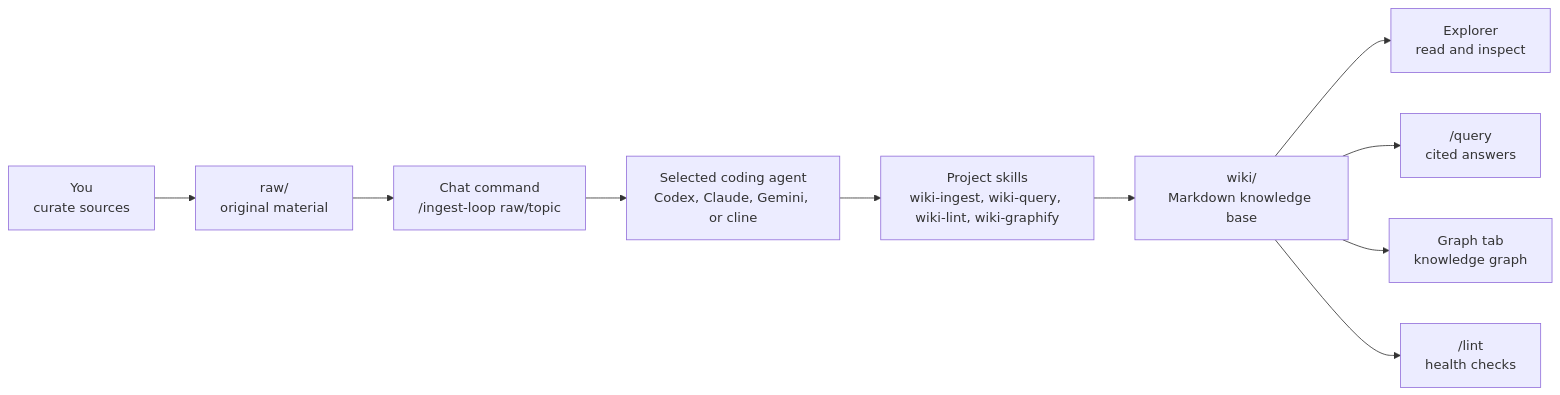
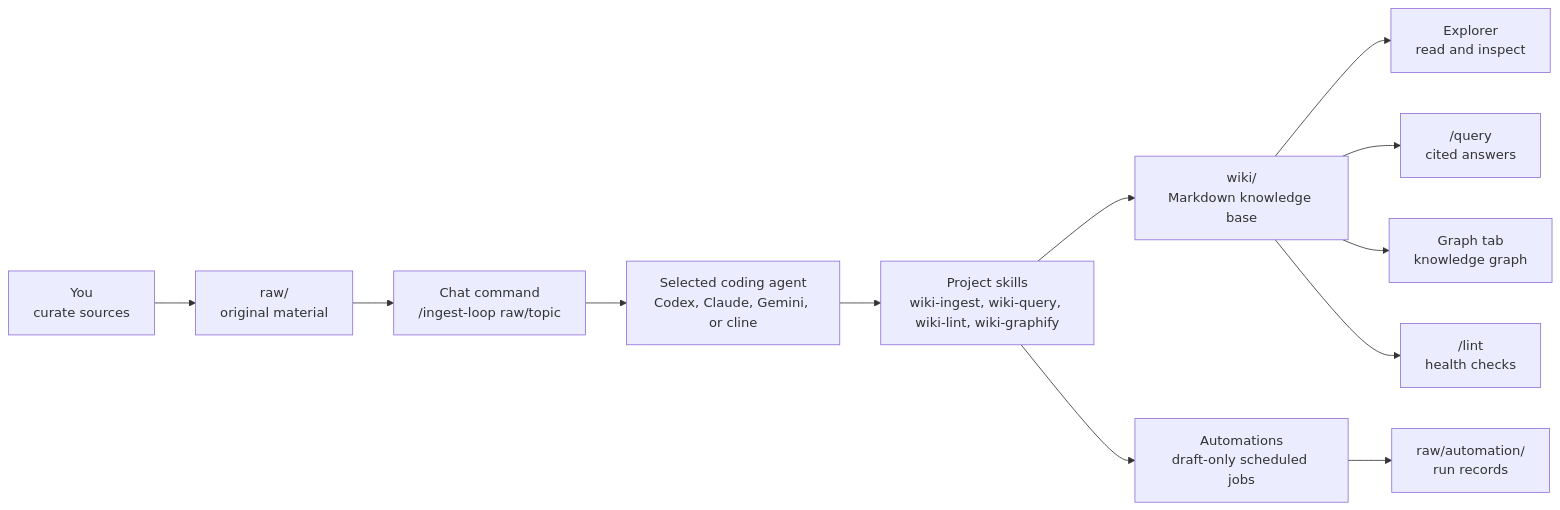
The diagram in README.md (hjhun/llm-wiki), drawn with Mermaid before and after one commit. The commit also changed other lines of this file and 3 other files, not shown here.

````diff
--- a/README.md
+++ b/README.md
@@ -26,12 +27,14 @@
 ```mermaid
 flowchart LR
     User["You<br/>curate sources"] --> Raw["raw/<br/>original material"]
     Raw --> Chat["Chat command<br/>/ingest-loop raw/topic"]
     Chat --> Agent["Selected coding agent<br/>Codex, Claude, Gemini, or cline"]
     Agent --> Skills["Project skills<br/>wiki-ingest, wiki-query, wiki-lint, wiki-graphify"]
     Skills --> Wiki["wiki/<br/>Markdown knowledge base"]
     Wiki --> Explorer["Explorer<br/>read and inspect"]
     Wiki --> Query["/query<br/>cited answers"]
     Wiki --> Graph["Graph tab<br/>knowledge graph"]
     Wiki --> Lint["/lint<br/>health checks"]
+    Skills --> Automation["Automations<br/>draft-only scheduled jobs"]
+    Automation --> RawAutomation["raw/automation/<br/>run records"]
 ```
````
